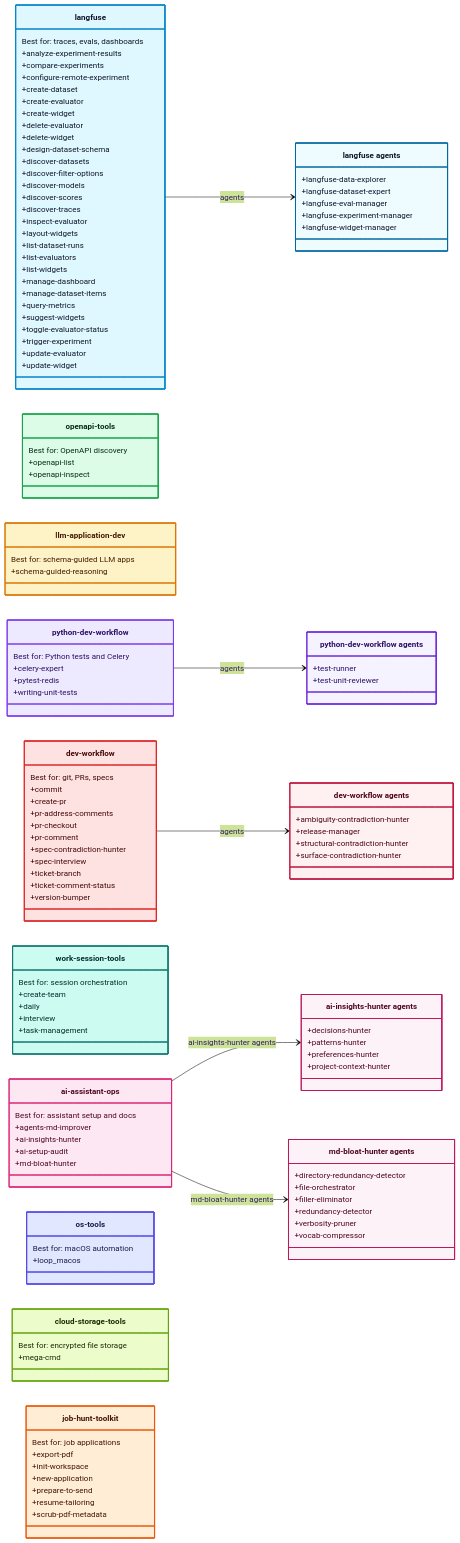
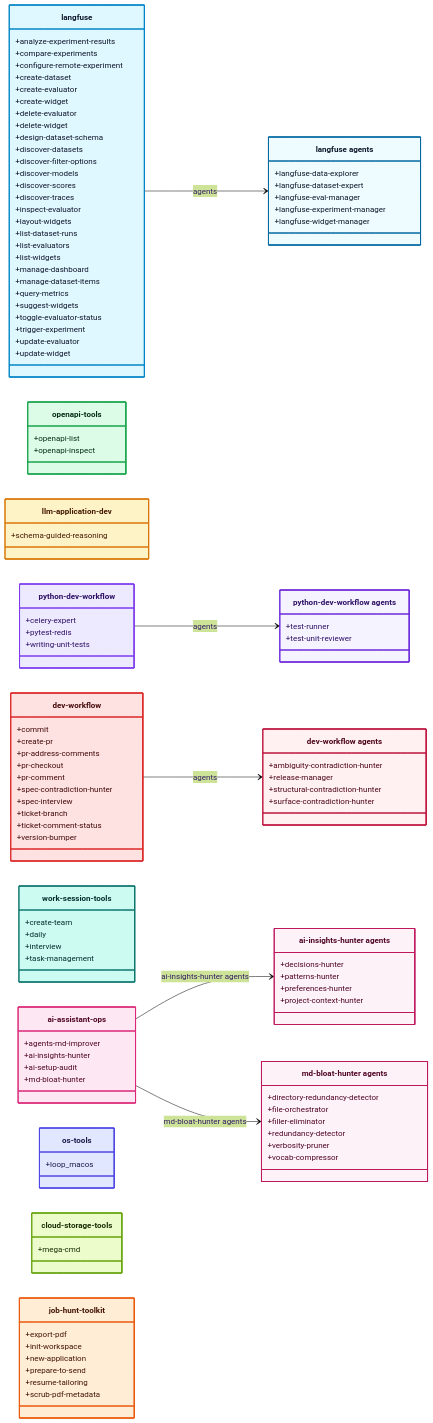
The diagram in README.md (Alex-Kopylov/zweihander), drawn with Mermaid (forest theme) before and after one commit.

Commit message:
docs: remove best for text from catalog diagram

```diff
--- a/README.md
+++ b/README.md
@@ -84,7 +84,6 @@
 direction LR
 
 class Langfuse["langfuse"]:::langfuse {
-  Best for: traces, evals, dashboards
   +analyze-experiment-results
   +compare-experiments
   +configure-remote-experiment
@@ -122,18 +121,15 @@
 }
 
 class OpenAPITools["openapi-tools"]:::openapi {
-  Best for: OpenAPI discovery
   +openapi-list
   +openapi-inspect
 }
 
 class LLMApplicationDev["llm-application-dev"]:::llm {
-  Best for: schema-guided LLM apps
   +schema-guided-reasoning
 }
 
 class PythonDevWorkflow["python-dev-workflow"]:::python {
-  Best for: Python tests and Celery
   +celery-expert
   +pytest-redis
   +writing-unit-tests
@@ -144,7 +140,6 @@
 }
 
 class DevWorkflow["dev-workflow"]:::dev {
-  Best for: git, PRs, specs
   +commit
   +create-pr
   +pr-address-comments
@@ -164,7 +159,6 @@
 }
 
 class WorkSessionTools["work-session-tools"]:::session {
-  Best for: session orchestration
   +create-team
   +daily
   +interview
@@ -172,7 +166,6 @@
 }
 
 class AIAssistantOps["ai-assistant-ops"]:::ops {
-  Best for: assistant setup and docs
   +agents-md-improver
   +ai-insights-hunter
   +ai-setup-audit
@@ -194,17 +187,14 @@
 }
 
 class OSTools["os-tools"]:::os {
-  Best for: macOS automation
   +loop_macos
 }
 
 class CloudStorageTools["cloud-storage-tools"]:::storage {
-  Best for: encrypted file storage
   +mega-cmd
 }
 
 class JobHuntToolkit["job-hunt-toolkit"]:::job {
-  Best for: job applications
   +export-pdf
   +init-workspace
   +new-application
```
